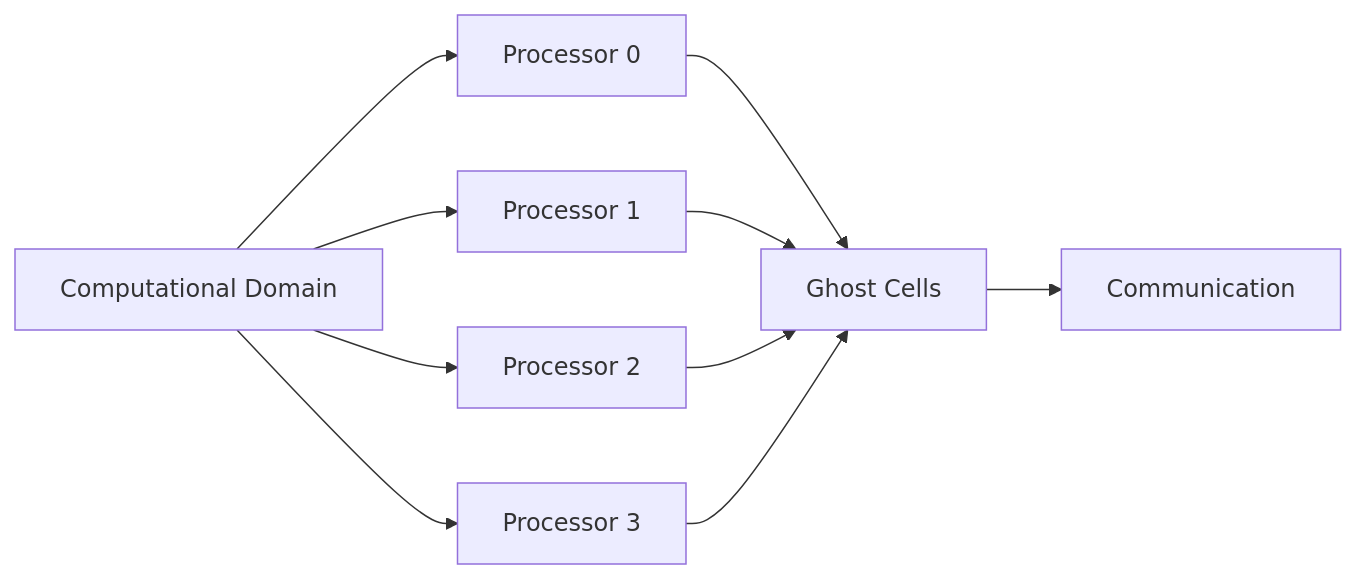
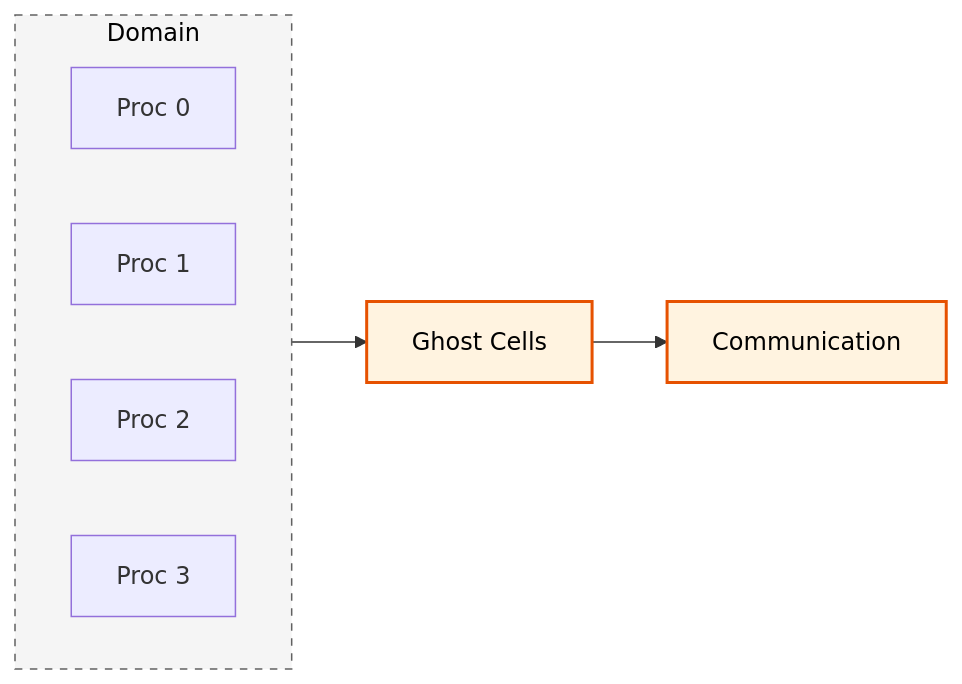
Before and after one commit to wramet/build-my-cfd: the second of 2 diagrams in MODULE_04_MULTIPHASE_FUNDAMENTALS/CONTENT/09_IMPLEMENTATION_ARCHITECTURE/01_Solver_Overview.md, drawn with Mermaid. The commit also changed other lines of this file and 313 other files, not shown here.

Commit message:
Revise all diagram

````diff
--- a/MODULE_04_MULTIPHASE_FUNDAMENTALS/CONTENT/09_IMPLEMENTATION_ARCHITECTURE/01_Solver_Overview.md
+++ b/MODULE_04_MULTIPHASE_FUNDAMENTALS/CONTENT/09_IMPLEMENTATION_ARCHITECTURE/01_Solver_Overview.md
@@ -345,12 +348,15 @@
 ```mermaid
 flowchart LR
-    A[Computational Domain] --> B[Processor 0]
-    A --> C[Processor 1]
-    A --> D[Processor 2]
-    A --> E[Processor 3]
-    B --> F[Ghost Cells]
-    C --> F
-    D --> F
-    E --> F
-    F --> G[Communication]
+classDef implicit fill:#e1f5fe,stroke:#01579b,stroke-width:2px,color:#000
+classDef explicit fill:#fff3e0,stroke:#e65100,stroke-width:2px,color:#000
+classDef context fill:#f5f5f5,stroke:#616161,stroke-width:1px,color:#000,stroke-dasharray: 5 5
+subgraph Domain[Domain]
+    direction LR
+    B[Proc 0]
+    C[Proc 1]
+    D[Proc 2]
+    E[Proc 3]
+end
+Domain:::context --> F[Ghost Cells]:::explicit
+F --> G[Communication]:::explicit
 ```
````
